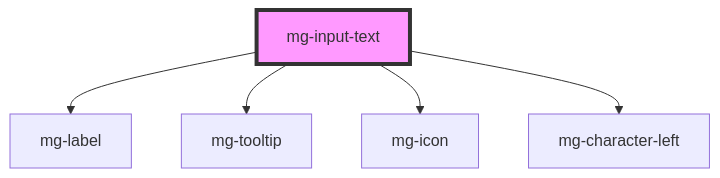
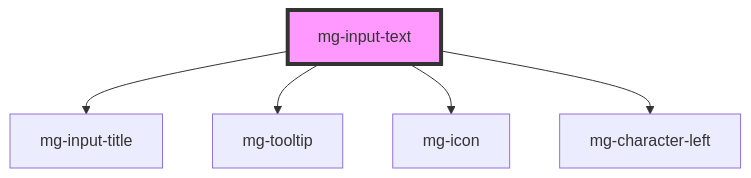
One commit to MGDIS/mg-components changed the diagram in src/components/molecules/inputs/mg-input-text/readme.md. Above: the diagram before and after it, drawn with Mermaid. The commit also changed other lines of this file and 52 other files, not shown here.

First line of the commit message:
feat(mg-input-radio): tests - [x] add e2e tests - [x] add test mg-input-title isFieldset tests - [x] rename mg-label to mg-input-title

````diff
--- a/src/components/molecules/inputs/mg-input-text/readme.md
+++ b/src/components/molecules/inputs/mg-input-text/readme.md
@@ -49,8 +49,8 @@
 ```mermaid
 graph TD;
-  mg-input-text --> mg-label
+  mg-input-text --> mg-input-title
   mg-input-text --> mg-tooltip
   mg-input-text --> mg-icon
   mg-input-text --> mg-character-left
   style mg-input-text fill:#f9f,stroke:#333,stroke-width:4px
 ```
````
